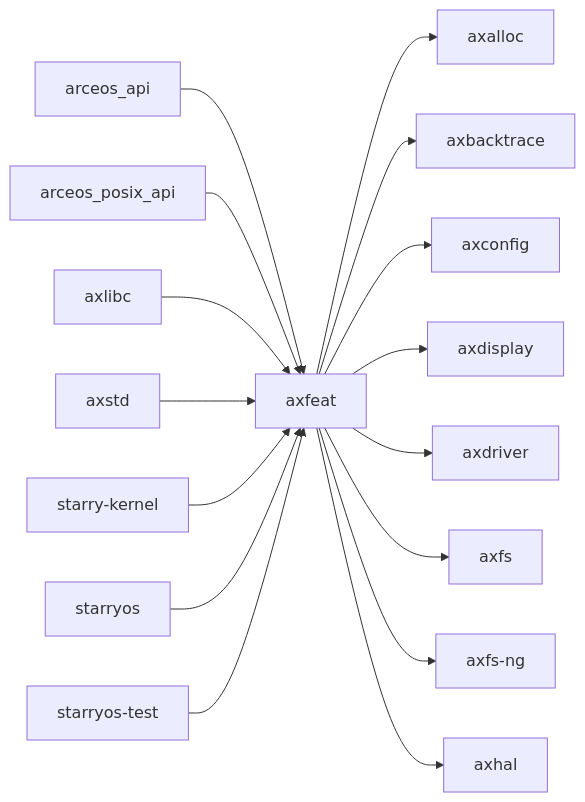
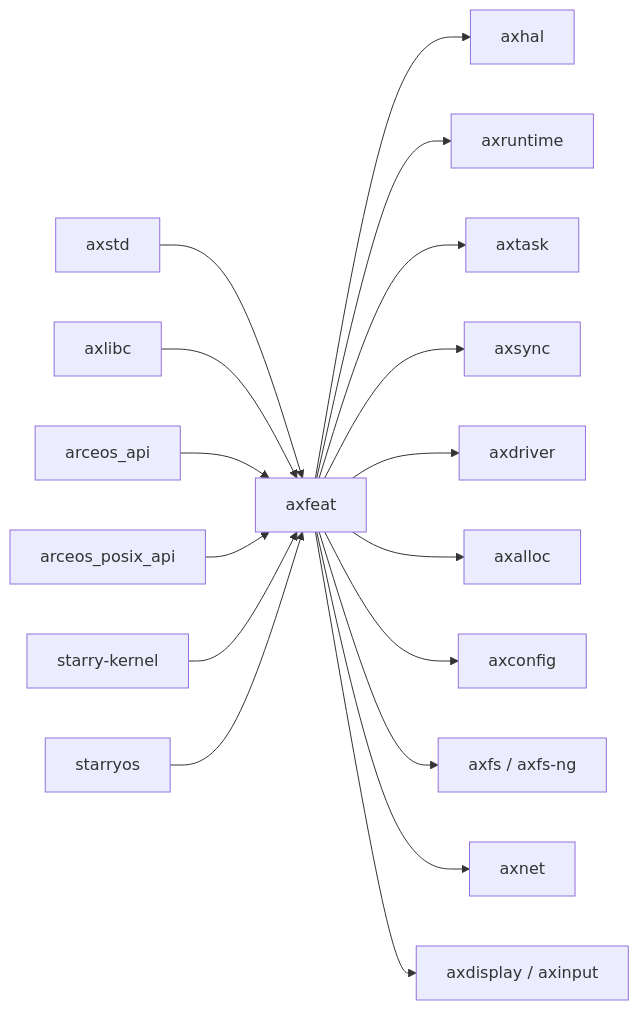
The second of 2 diagrams in docs/crates/axfeat.md (rcore-os/tgoskits), drawn with Mermaid before and after one commit. The commit also changed other lines of this file and 99 other files, not shown here.

````diff
--- a/docs/crates/axfeat.md
+++ b/docs/crates/axfeat.md
@@ -32,19 +95,20 @@
 ```mermaid
 graph LR
-    current["axfeat"]
-    current --> axalloc["axalloc"]
-    current --> axbacktrace["axbacktrace"]
-    current --> axconfig["axconfig"]
-    current --> axdisplay["axdisplay"]
-    current --> axdriver["axdriver"]
-    current --> axfs["axfs"]
-    current --> axfs_ng["axfs-ng"]
-    current --> axhal["axhal"]
-    arceos_api["arceos_api"] --> current
-    arceos_posix_api["arceos_posix_api"] --> current
-    axlibc["axlibc"] --> current
-    axstd["axstd"] --> current
-    starry_kernel["starry-kernel"] --> current
-    starryos["starryos"] --> current
-    starryos_test["starryos-test"] --> current
+    axstd["axstd"] --> axfeat["axfeat"]
+    axlibc["axlibc"] --> axfeat
+    arceos_api["arceos_api"] --> axfeat
+    posix["arceos_posix_api"] --> axfeat
+    starry_kernel["starry-kernel"] --> axfeat
+    starryos["starryos"] --> axfeat
+
+    axfeat --> axhal["axhal"]
+    axfeat --> axruntime["axruntime"]
+    axfeat --> axtask["axtask"]
+    axfeat --> axsync["axsync"]
+    axfeat --> axdriver["axdriver"]
+    axfeat --> axalloc["axalloc"]
+    axfeat --> axconfig["axconfig"]
+    axfeat --> axfs["axfs / axfs-ng"]
+    axfeat --> axnet["axnet"]
+    axfeat --> axdisplay["axdisplay / axinput"]
 ```
````
